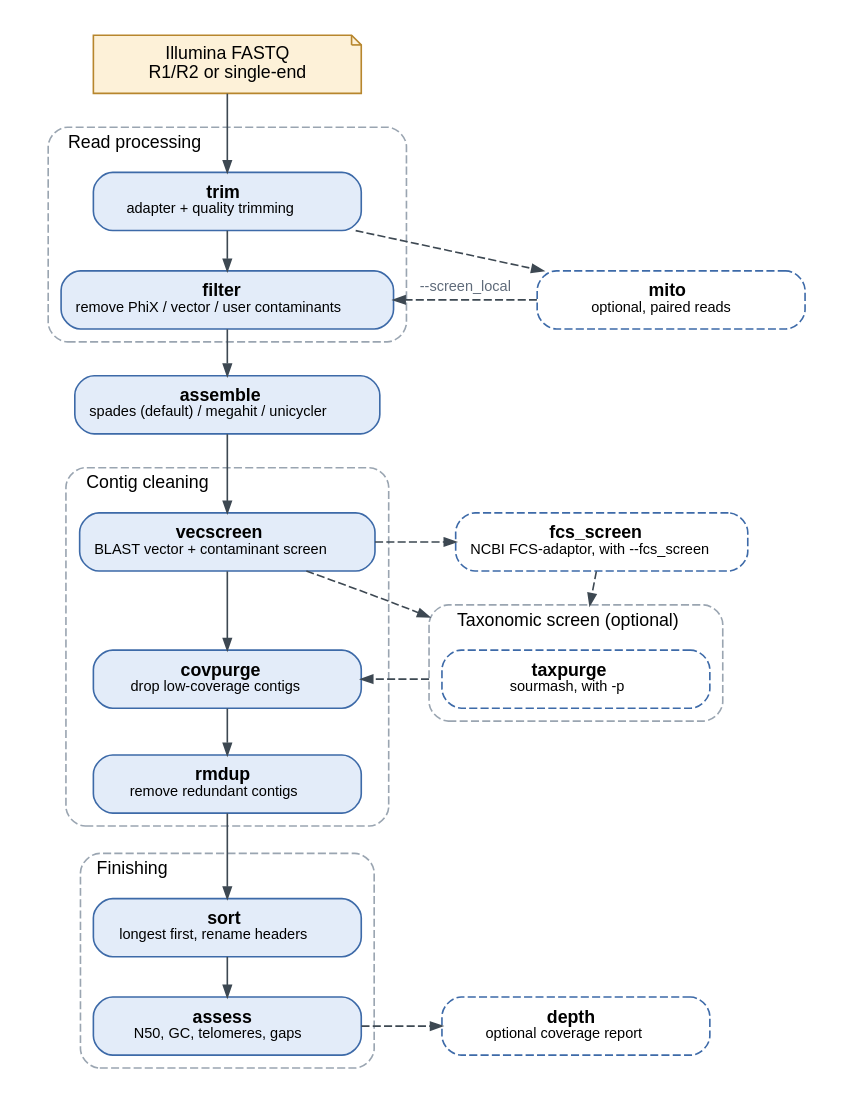
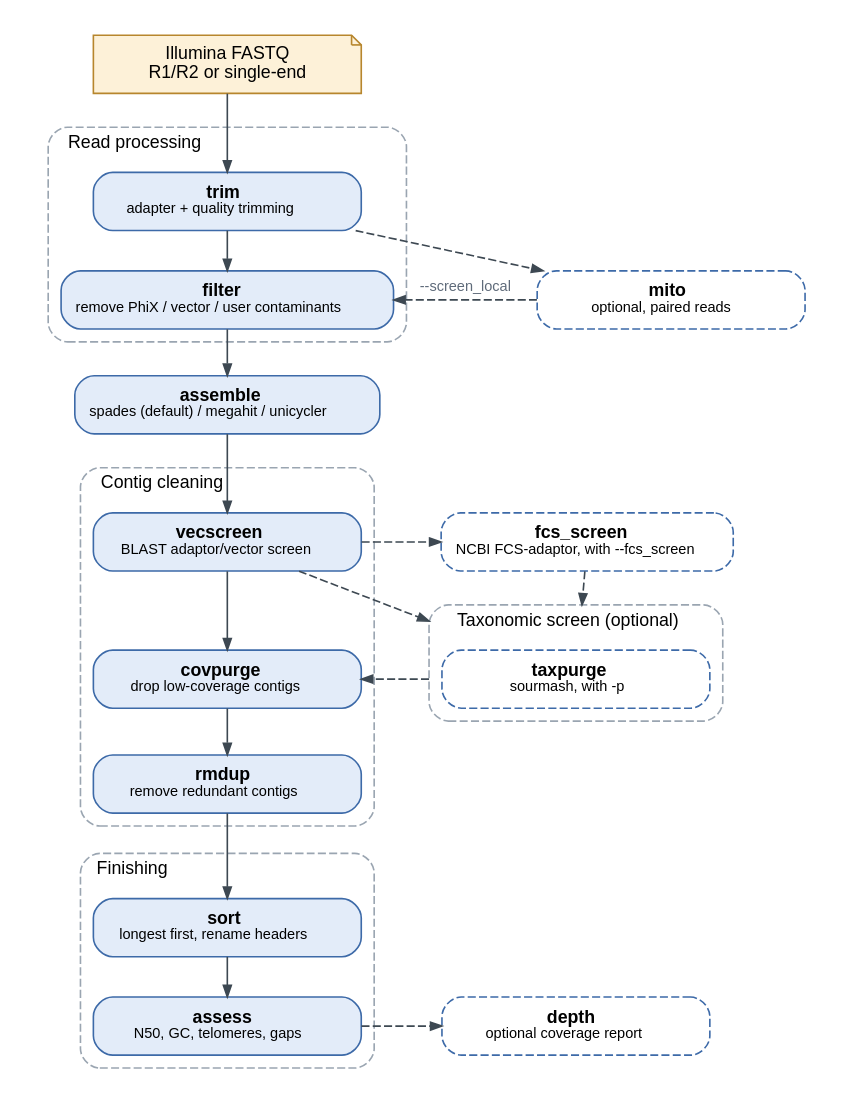
One commit to stajichlab/AAFTF changed the first of 3 diagrams in docs/workflow.rst. Above: the diagram before and after it, drawn with Graphviz. The commit also changed other lines of this file and 17 other files, not shown here.

```diff
--- a/docs/workflow.rst
+++ b/docs/workflow.rst
@@ -34,42 +34,42 @@
 .. graphviz::
    :align: center
 
    digraph pipeline_short {
        graph [compound=true, bgcolor="white", pad="0.2", fontname="Helvetica", fontsize=11, nodesep=0.35, ranksep=0.32, newrank=true, labeljust=l, color="#9aa5b1", style="rounded,dashed"]
        node [shape=box, style="rounded,filled", fillcolor="#e3ecf9", color="#3d6aa8", fontname="Helvetica", fontsize=11, width=2.3, height=0.5, margin="0.12,0.05"]
        edge [color="#3d4852", arrowsize=0.7, fontname="Helvetica", fontsize=9, fontcolor="#5f6b7a"]
        reads [label="Illumina FASTQ\nR1/R2 or single-end", shape=note, fillcolor="#fdf1d8", color="#b7862d"]
        subgraph cluster_reads { label="Read processing"
            trim [label=<<b>trim</b><br/><font point-size="9">adapter + quality trimming</font>>]
            filter [label=<<b>filter</b><br/><font point-size="9">remove PhiX / vector / user contaminants</font>>]
        }
        mito [label=<<b>mito</b><br/><font point-size="9">optional, paired reads</font>>, style="rounded,dashed", fillcolor=white]
        assemble [label=<<b>assemble</b><br/><font point-size="9">spades (default) / megahit / unicycler</font>>]
        subgraph cluster_clean { label="Contig cleaning"
-           vecscreen [label=<<b>vecscreen</b><br/><font point-size="9">BLAST vector + contaminant screen</font>>]
+           vecscreen [label=<<b>vecscreen</b><br/><font point-size="9">BLAST adaptor/vector screen</font>>]
            covpurge [label=<<b>covpurge</b><br/><font point-size="9">drop low-coverage contigs</font>>]
            rmdup [label=<<b>rmdup</b><br/><font point-size="9">remove redundant contigs</font>>]
        }
        subgraph cluster_taxonomy { label="Taxonomic screen (optional)"
            taxpurge [label=<<b>taxpurge</b><br/><font point-size="9">sourmash, with -p</font>>, style="rounded,dashed", fillcolor=white]
        }
        fcs_screen [label=<<b>fcs_screen</b><br/><font point-size="9">NCBI FCS-adaptor, with --fcs_screen</font>>, style="rounded,dashed", fillcolor=white]
        subgraph cluster_finish { label="Finishing"
            sort [label=<<b>sort</b><br/><font point-size="9">longest first, rename headers</font>>]
            assess [label=<<b>assess</b><br/><font point-size="9">N50, GC, telomeres, gaps</font>>]
        }
        depth [label=<<b>depth</b><br/><font point-size="9">optional coverage report</font>>, style="rounded,dashed", fillcolor=white]
 
        reads -> trim -> filter -> assemble -> vecscreen -> covpurge -> rmdup -> sort -> assess [weight=10]
        trim -> mito [style=dashed]
        mito -> filter [style=dashed, label=" --screen_local"]
        vecscreen -> fcs_screen [style=dashed]
        {rank=same; vecscreen; fcs_screen}
        vecscreen -> taxpurge [style=dashed, lhead=cluster_taxonomy]
        fcs_screen -> taxpurge [style=dashed, lhead=cluster_taxonomy, constraint=false]
        taxpurge -> covpurge [style=dashed, ltail=cluster_taxonomy]
        assess -> depth [style=dashed]
        {rank=same; filter; mito}
        {rank=same; covpurge; taxpurge}
        {rank=same; assess; depth}
    }
```
